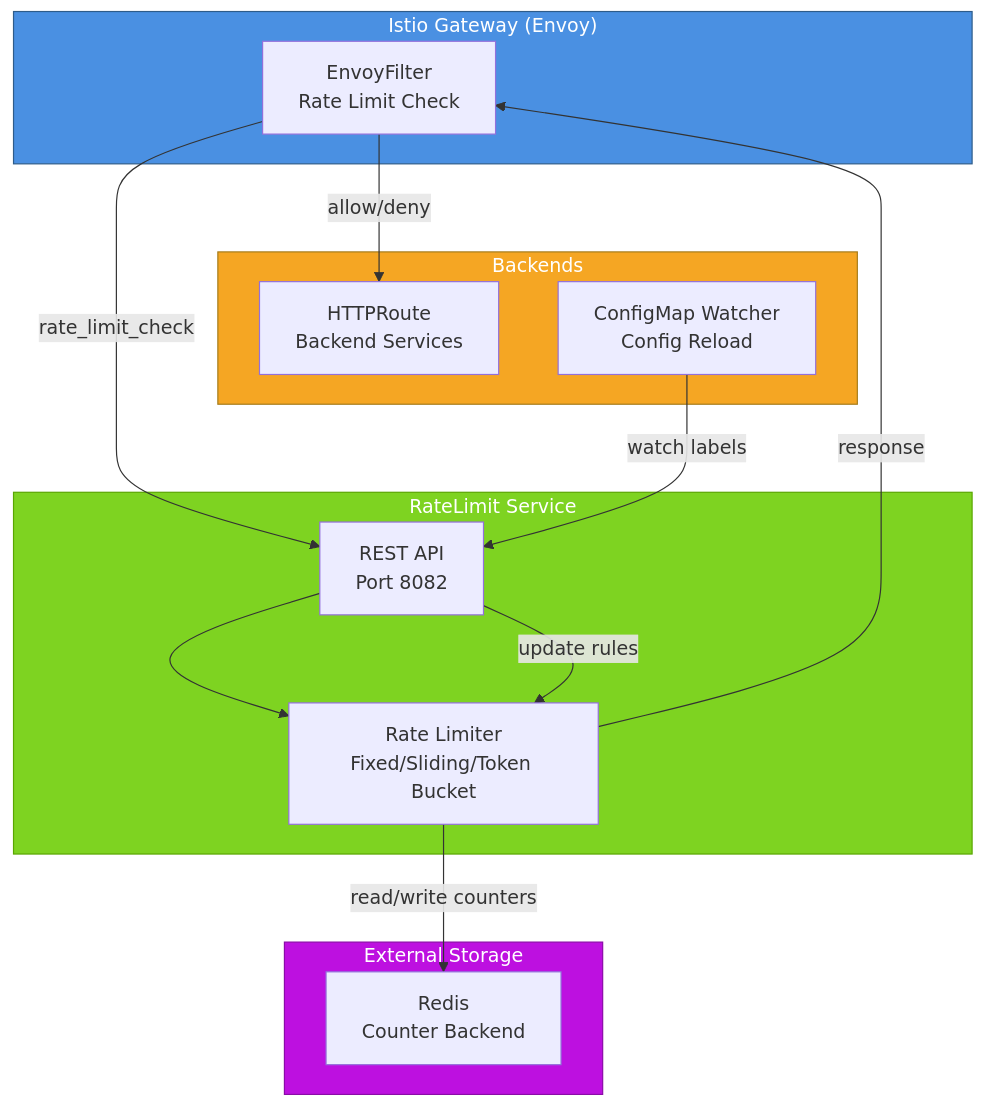
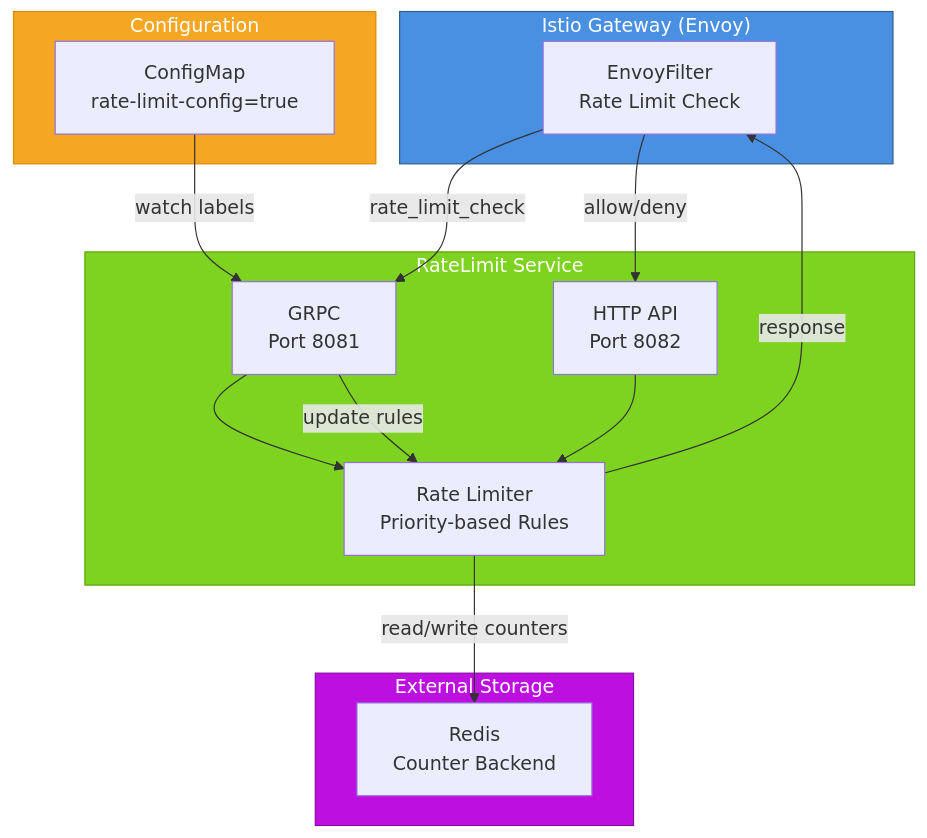
One commit to Netcracker/qubership-core-bootstrap changed the diagram in ratelimit-service/README.md. Above: the diagram before and after it, drawn with Mermaid. The commit also changed other lines of this file and 38 other files, not shown here.

````diff
--- a/ratelimit-service/README.md
+++ b/ratelimit-service/README.md
@@ -18,33 +21,34 @@
 ```mermaid
 graph TB
     subgraph Gateway["Istio Gateway (Envoy)"]
         GW["EnvoyFilter<br/>Rate Limit Check"]
     end
     
     subgraph Service["RateLimit Service"]
-        API["REST API<br/>Port 8082"]
-        RL["Rate Limiter<br/>Fixed/Sliding/Token Bucket"]
+        API["GRPC<br/>Port 8081"]
+        HTTP["HTTP API<br/>Port 8082"]
+        RL["Rate Limiter<br/>Priority-based Rules"]
     end
-    
-    subgraph Backend["Backends"]
-        HTTP["HTTPRoute<br/>Backend Services"]
-        CONFIG["ConfigMap Watcher<br/>Config Reload"]
-    end
-    
+      
     subgraph Storage["External Storage"]
         REDIS["Redis<br/>Counter Backend"]
     end
     
+    subgraph Config["Configuration"]
+        CM["ConfigMap<br/>rate-limit-config=true"]
+    end
+    
     GW -->|rate_limit_check| API
     API --> RL
+    HTTP --> RL
     RL -->|read/write counters| REDIS
     RL -->|response| GW
     GW -->|allow/deny| HTTP
-    CONFIG -->|watch labels| API
+    CM -->|watch labels| API
     API -->|update rules| RL
     
     style Gateway fill:#4A90E2,stroke:#2E5C8A,color:#fff
     style Service fill:#7ED321,stroke:#59A601,color:#fff
-    style Backend fill:#F5A623,stroke:#A67C1A,color:#fff
     style Storage fill:#BD10E0,stroke:#8B0BA8,color:#fff
+    style Config fill:#F5A623,stroke:#D98A00,color:#fff
 ```
````
